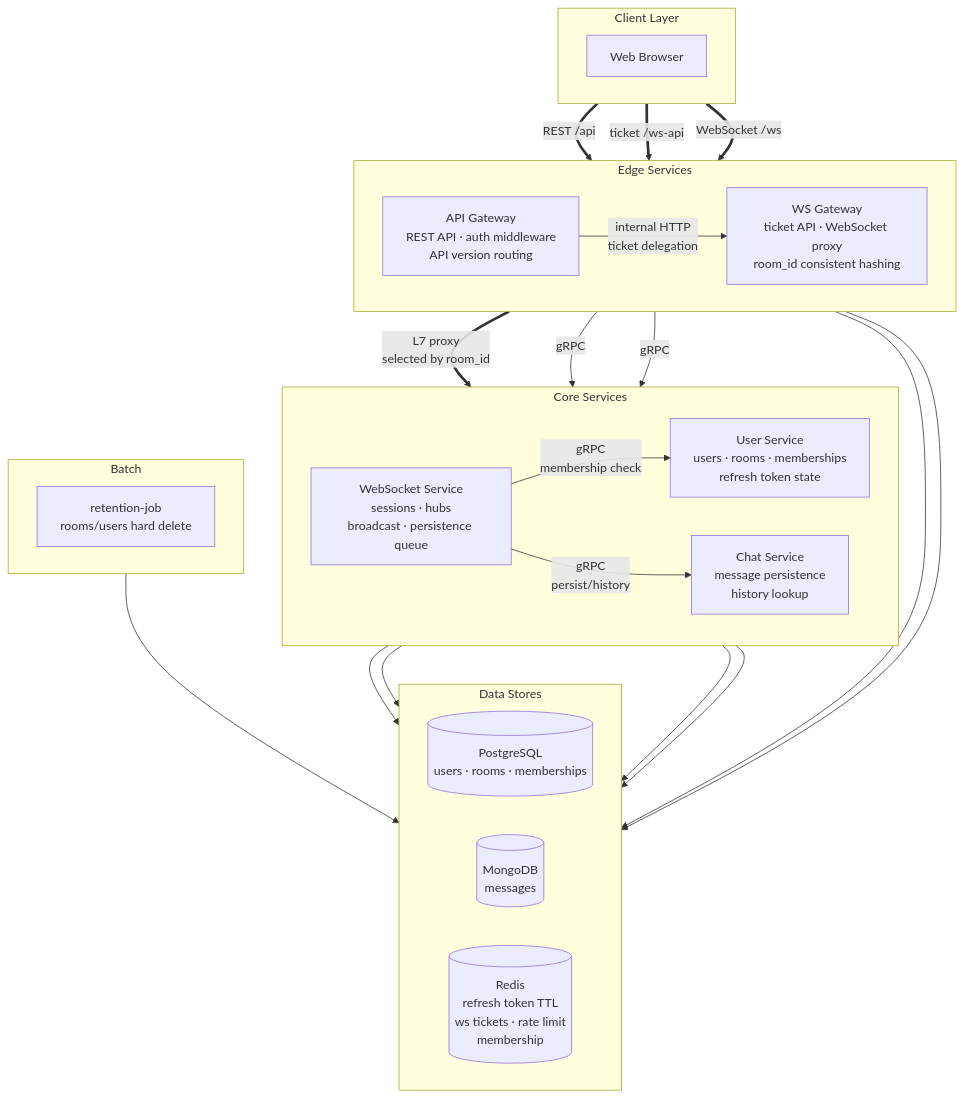
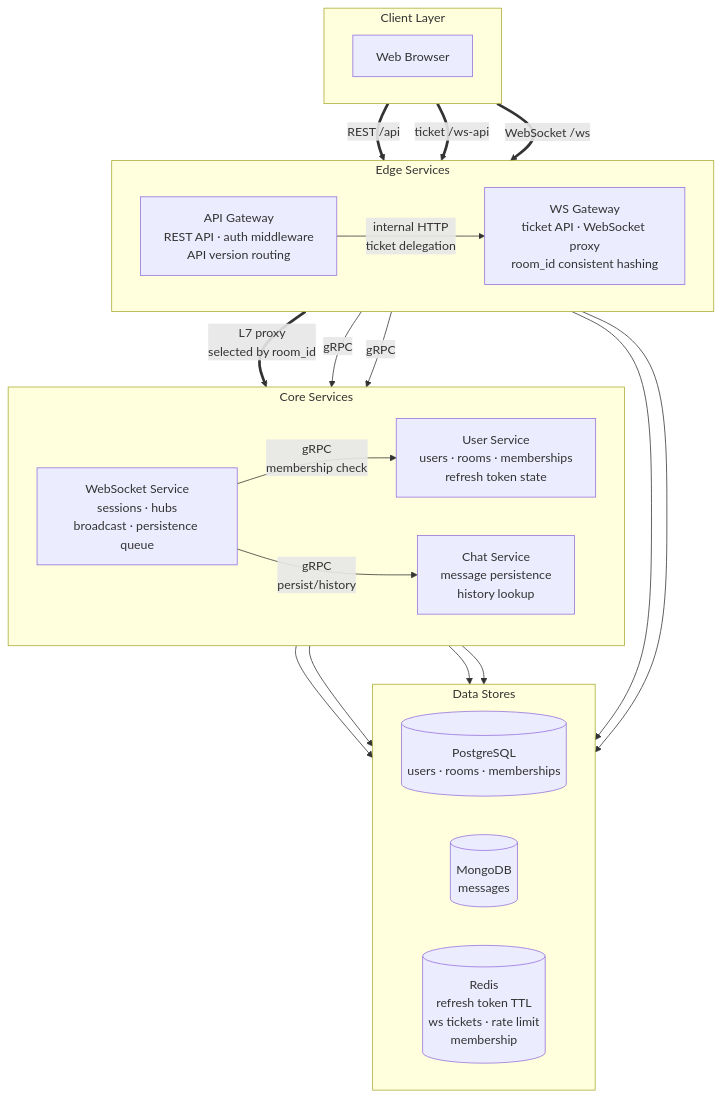
Before and after one commit to happyhun/go-chat-msa: the diagram in docs/diagrams/flow-msa.mmd, drawn with Mermaid. The commit also changed 9 other files, not shown here.

```diff
--- a/docs/diagrams/flow-msa.mmd
+++ b/docs/diagrams/flow-msa.mmd
@@ -1,50 +1,44 @@
 flowchart TB
     subgraph ClientLayer ["Client Layer"]
         direction LR
         Browser["Web Browser"]
     end
 
     subgraph Edge ["Edge Services"]
         direction LR
         AGW["API Gateway<br/>REST API · auth middleware<br/>API version routing"]
         WSGW["WS Gateway<br/>ticket API · WebSocket proxy<br/>room_id consistent hashing"]
     end
 
     subgraph Core ["Core Services"]
         direction LR
         UserSvc["User Service<br/>users · rooms · memberships<br/>refresh token state"]
         ChatSvc["Chat Service<br/>message persistence<br/>history lookup"]
         WSSvc["WebSocket Service<br/>sessions · hubs<br/>broadcast · persistence queue"]
     end
 
     subgraph Data ["Data Stores"]
         direction LR
         PG[("PostgreSQL<br/>users · rooms · memberships")]
         MG[("MongoDB<br/>messages")]
         RD[("Redis<br/>refresh token TTL<br/>ws tickets · rate limit<br/>membership")]
     end
 
-    subgraph Batch ["Batch"]
-        direction LR
-        Retention["retention-job<br/>rooms/users hard delete"]
-    end
-
     Browser == "REST /api" ==> AGW
     Browser == "ticket /ws-api" ==> WSGW
     Browser == "WebSocket /ws" ==> WSGW
 
     AGW -- "internal HTTP<br/>ticket delegation" --> WSGW
     WSGW == "L7 proxy<br/>selected by room_id" ==> WSSvc
 
     AGW -- "gRPC" --> UserSvc
     AGW -- "gRPC" --> ChatSvc
     WSSvc -- "gRPC<br/>membership check" --> UserSvc
     WSSvc -- "gRPC<br/>persist/history" --> ChatSvc
 
     UserSvc --> PG
     UserSvc --> RD
     ChatSvc --> MG
     AGW --> RD
     WSGW --> RD
     WSSvc --> RD
-    Retention --> PG
```
